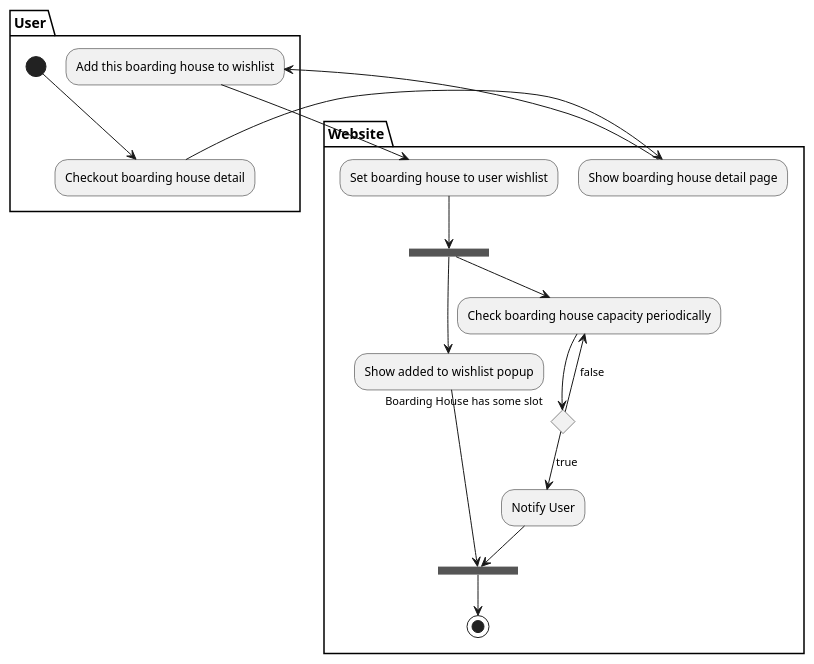
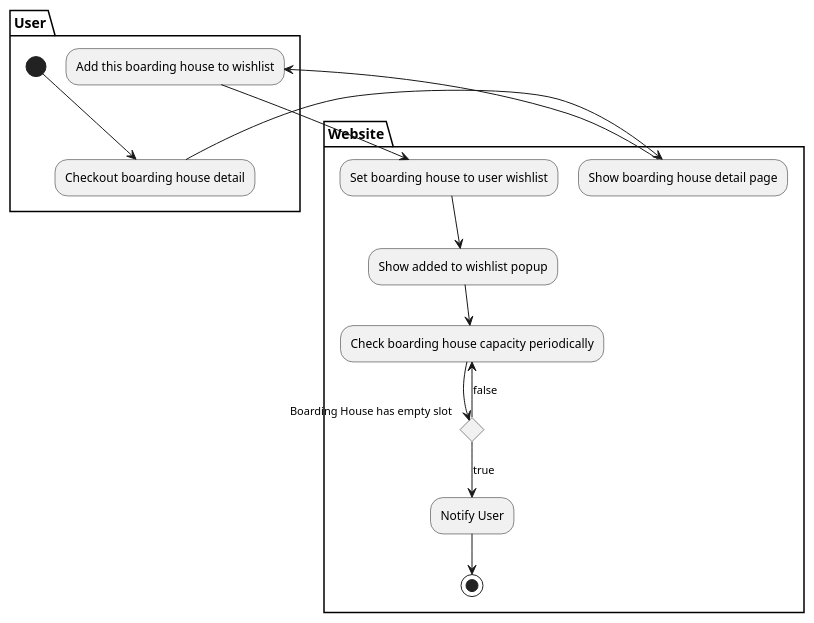
Before and after one commit to AntWort21/BHFMS: the diagram in Design/BHFMS_ACTIVITY/Wishlist.puml, drawn with PlantUML.

Commit message:
changed synchronization to if else selection

```diff
--- a/Design/BHFMS_ACTIVITY/Wishlist.puml
+++ b/Design/BHFMS_ACTIVITY/Wishlist.puml
@@ -1,32 +1,30 @@
 @startuml
 
 partition User {
     (*) --> "Checkout boarding house detail"
 }
 
 partition Website {
     "Checkout boarding house detail" --> "Show boarding house detail page"    
 }
 
 partition User {
     "Show boarding house detail page" --> "Add this boarding house to wishlist" 
 }
 
 partition Website {
     "Add this boarding house to wishlist" --> "Set boarding house to user wishlist"
 
-    "Set boarding house to user wishlist" --> ===B1=== 
-    --> "Show added to wishlist popup" 
-    --> ===B2===
+    "Set boarding house to user wishlist" --> "Show added to wishlist popup" 
 
-    ===B1=== --> "Check boarding house capacity periodically"
-    if "Boarding House has some slot" then
+    "Show added to wishlist popup" --> "Check boarding house capacity periodically"
+    
+    if "Boarding House has empty slot" then
     --> [true] "Notify User"
-    --> ===B2===
     else
     --> [false] "Check boarding house capacity periodically"
 
-    ===B2=== --> (*)
+    "Notify User" --> (*)
 }
 
 @enduml
```
